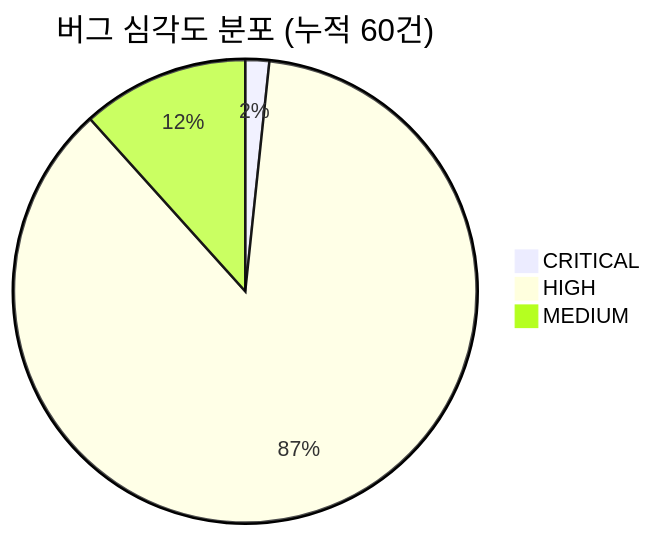
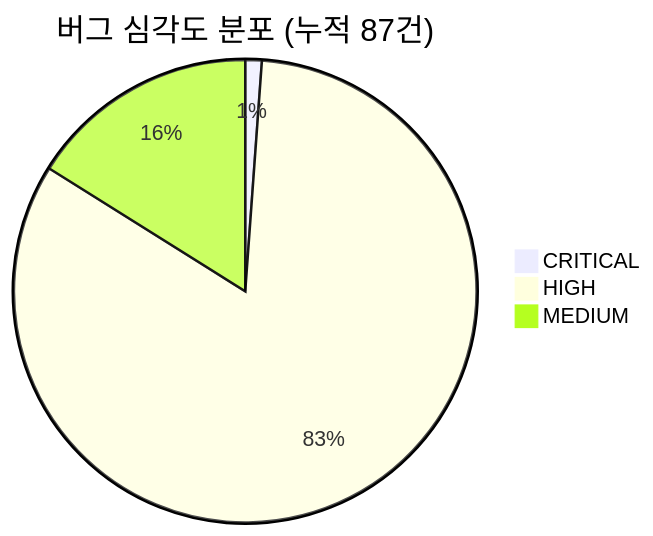
One commit to sun475300-sudo/Swarm-control-in-sc2bot changed diagram 20 of 29 in README.md. Above: the diagram before and after it, drawn with Mermaid. The commit also changed other lines of this file and 1 other file, not shown here.

````diff
--- a/README.md
+++ b/README.md
@@ -595,6 +595,6 @@
 ```mermaid
-pie title 버그 심각도 분포 (누적 60건)
+pie title 버그 심각도 분포 (누적 87건)
     "CRITICAL" : 1
-    "HIGH" : 52
-    "MEDIUM" : 7
+    "HIGH" : 72
+    "MEDIUM" : 14
 ```
````
